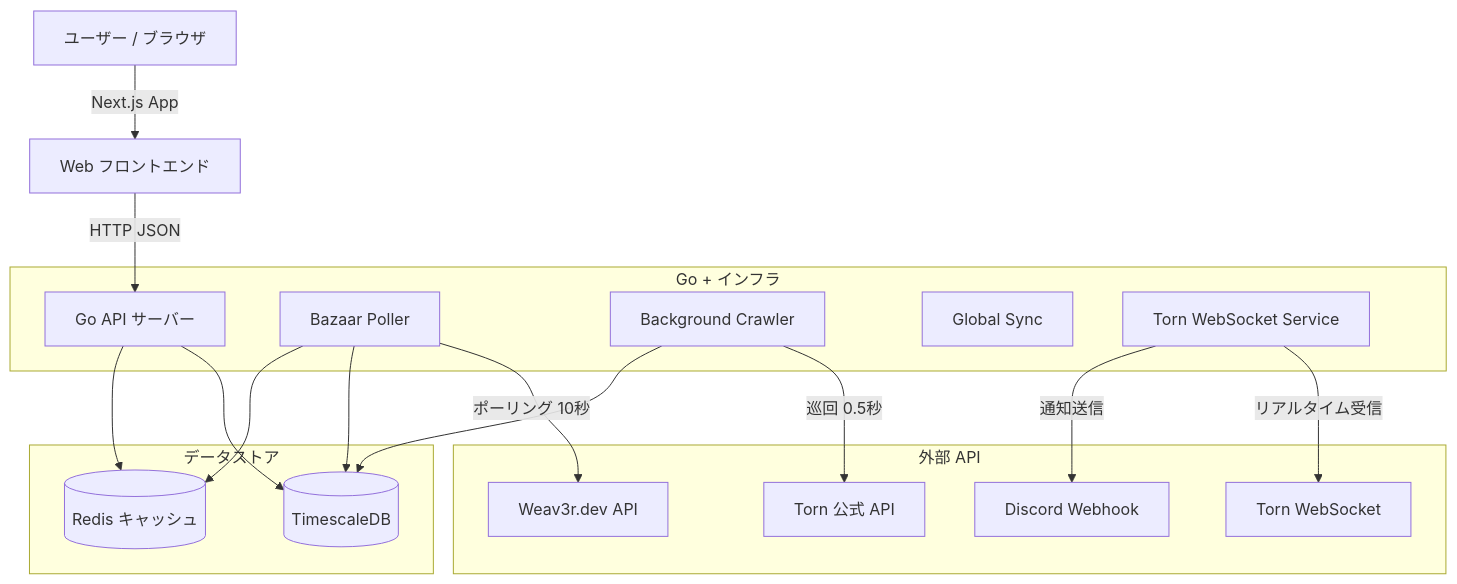
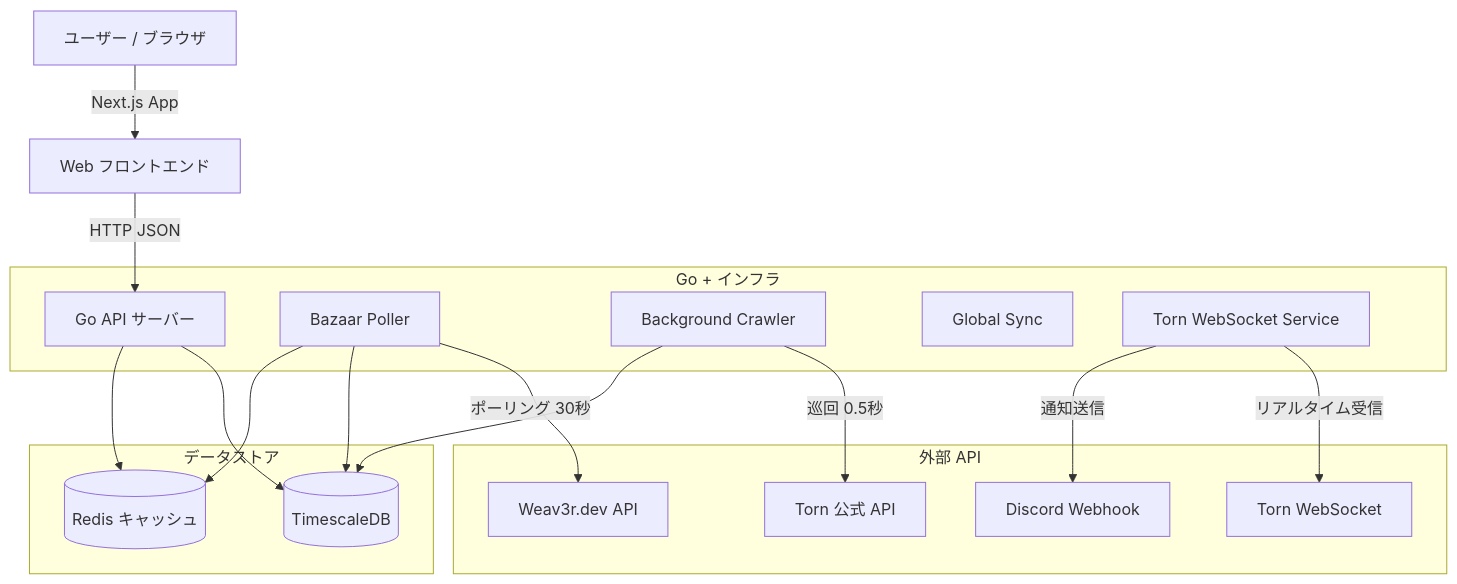
One commit to qashinka/Torn-Market-Chart changed the diagram in README_JP.md. Above: the diagram before and after it, drawn with Mermaid. The commit also changed other lines of this file and 1 other file, not shown here.

````diff
--- a/README_JP.md
+++ b/README_JP.md
@@ -43,38 +45,38 @@
 ```mermaid
 graph TD
     User[ユーザー / ブラウザ] -->|Next.js App| Web[Web フロントエンド]
     Web -->|HTTP JSON| API[Go API サーバー]
     
     subgraph Backend [Go + インフラ]
         API
         Worker1[Bazaar Poller]
         Worker2[Background Crawler]
         Worker3[Global Sync]
         WS[Torn WebSocket Service]
     end
     
     subgraph Data [データストア]
         DB[(TimescaleDB)]
         Redis[(Redis キャッシュ)]
     end
     
     subgraph External [外部 API]
         TornAPI[Torn 公式 API]
         Weav3r[Weav3r.dev API]
         TornWS[Torn WebSocket]
         Discord[Discord Webhook]
     end
 
     API --> DB
     API --> Redis
     
-    Worker1 -->|ポーリング 10秒| Weav3r
+    Worker1 -->|ポーリング 30秒| Weav3r
     Worker1 --> DB
     Worker1 --> Redis
     
     Worker2 -->|巡回 0.5秒| TornAPI
     Worker2 --> DB
     
     WS -->|リアルタイム受信| TornWS
     WS -->|通知送信| Discord
 ```
````
